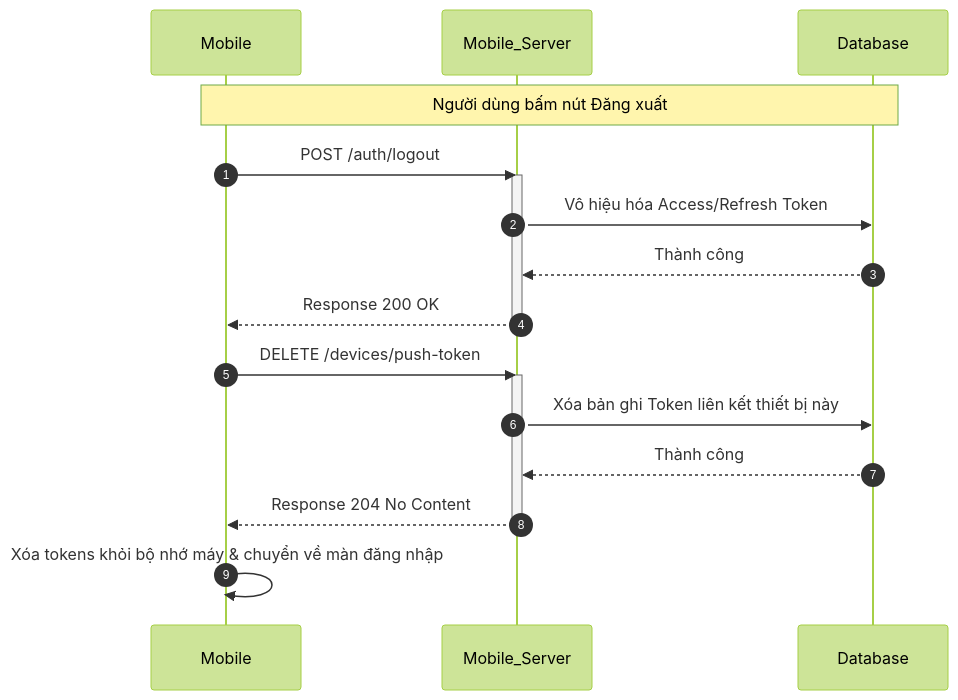
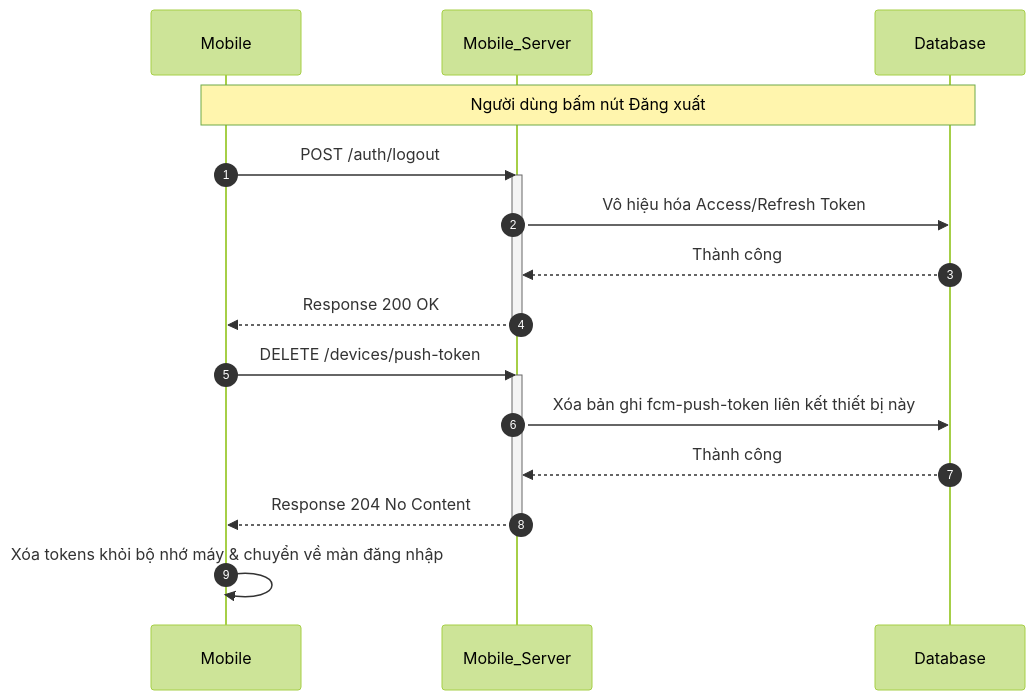
Before and after one commit to trungnguyenthien/Wildlife-Warning-and-Deterrence-System: the tenth of 20 diagrams in docs/04-sequence-diagram.md, drawn with Mermaid (forest theme). The commit also changed other lines of this file, not shown here.

Commit message:
docs: update sequence diagram to reflect revised component interactions

````diff
--- a/docs/04-sequence-diagram.md
+++ b/docs/04-sequence-diagram.md
@@ -420,24 +420,24 @@
 ```mermaid
 sequenceDiagram
     autonumber
     participant Mobile as Mobile
     participant Mobile_Server as Mobile_Server
     participant Database as Database
 
     Note over Mobile, Database: Người dùng bấm nút Đăng xuất
     Mobile->>Mobile_Server: POST /auth/logout
     activate Mobile_Server
     Mobile_Server->>Database: Vô hiệu hóa Access/Refresh Token
     Database-->>Mobile_Server: Thành công
     Mobile_Server-->>Mobile: Response 200 OK
     deactivate Mobile_Server
 
     Mobile->>Mobile_Server: DELETE /devices/push-token
     activate Mobile_Server
-    Mobile_Server->>Database: Xóa bản ghi Token liên kết thiết bị này
+    Mobile_Server->>Database: Xóa bản ghi fcm-push-token liên kết thiết bị này
     Database-->>Mobile_Server: Thành công
     Mobile_Server-->>Mobile: Response 204 No Content
     deactivate Mobile_Server
 
     Mobile->>Mobile: Xóa tokens khỏi bộ nhớ máy & chuyển về màn đăng nhập
 ```
````
